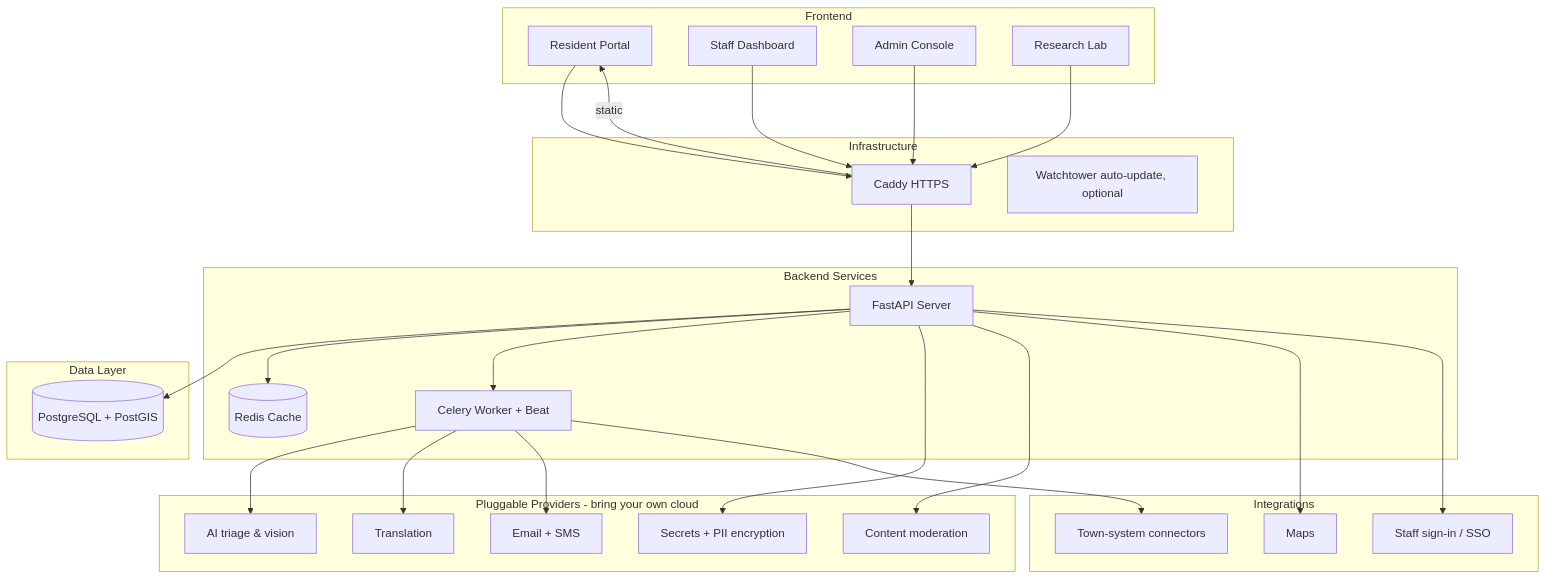
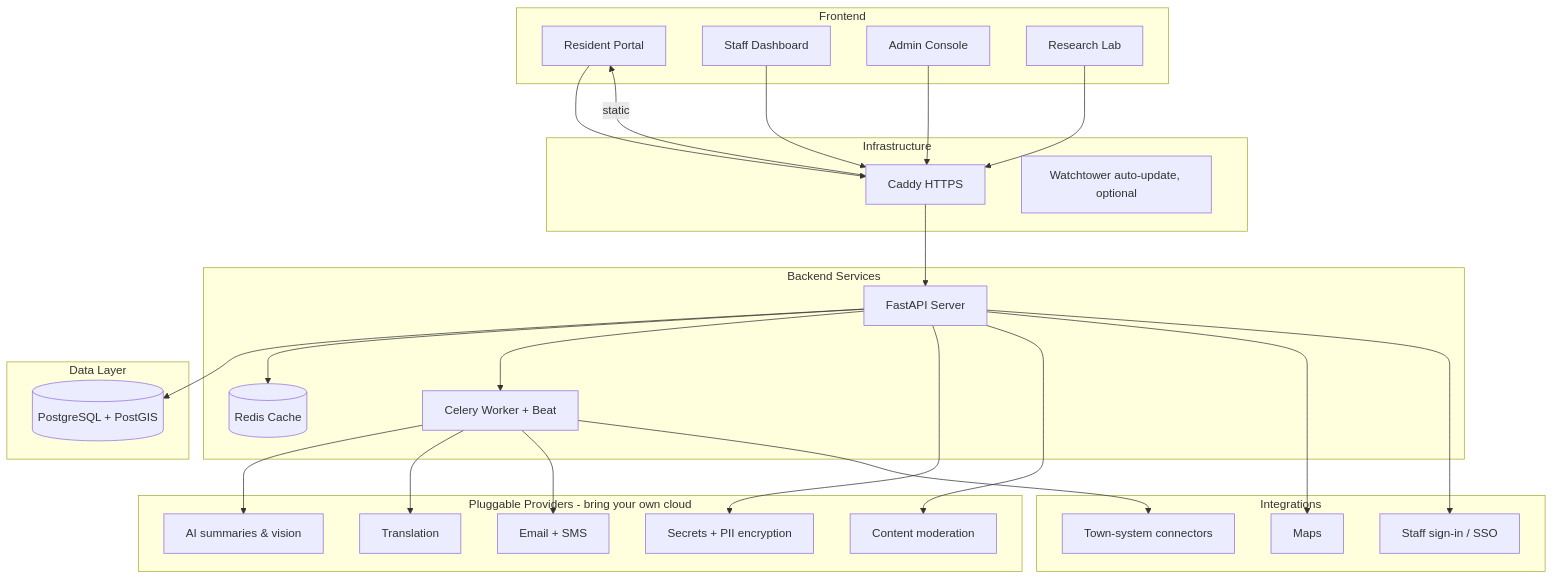
One commit to Pinpoint-311/Pinpoint-311 changed the first of 3 diagrams in README.md. Above: the diagram before and after it, drawn with Mermaid. The commit also changed other lines of this file, not shown here.

````diff
--- a/README.md
+++ b/README.md
@@ -137,59 +136,59 @@
 ```mermaid
 graph TB
     subgraph "Frontend"
         RP[Resident Portal]
         SP[Staff Dashboard]
         AC[Admin Console]
         RL[Research Lab]
     end
 
     subgraph "Backend Services"
         API[FastAPI Server]
         WK[Celery Worker + Beat]
         RD[(Redis Cache)]
     end
 
     subgraph "Data Layer"
         PG[(PostgreSQL + PostGIS)]
     end
 
     subgraph "Infrastructure"
         CD[Caddy HTTPS]
         WT[Watchtower auto-update, optional]
     end
 
     subgraph "Pluggable Providers - bring your own cloud"
-        AI[AI triage & vision]
+        AI[AI summaries & vision]
         TR[Translation]
         SEC[Secrets + PII encryption]
         MSG[Email + SMS]
         MOD[Content moderation]
     end
 
     subgraph "Integrations"
         GM[Maps]
         IDP[Staff sign-in / SSO]
         GT[Town-system connectors]
     end
 
     RP --> CD
     SP --> CD
     AC --> CD
     RL --> CD
     CD --> API
     CD --> |static| RP
 
     API --> PG
     API --> RD
     API --> WK
 
     WK --> AI
     WK --> TR
     WK --> MSG
 
     API --> SEC
     API --> MOD
     API --> GM
     API --> IDP
     WK --> GT
 ```
````
